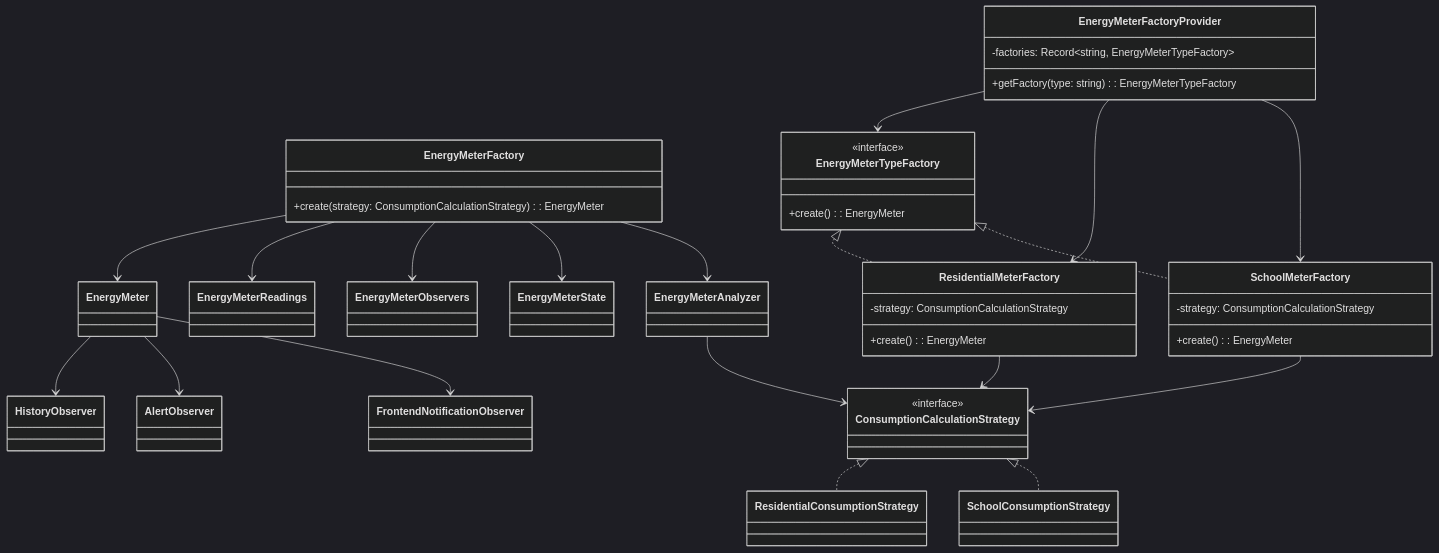
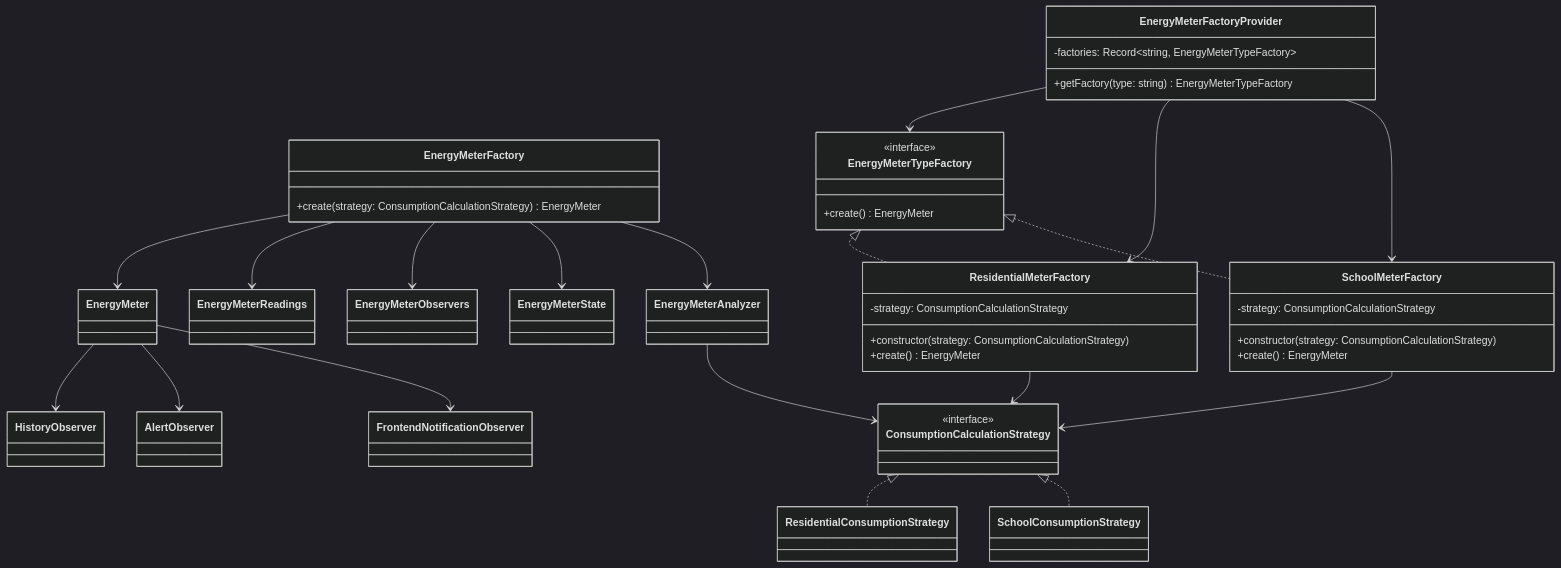
The fourth of 15 diagrams in docs/report_rubens_rabelo.md (rubensrabelo/gestao-de-consumo-de-energia), drawn with Mermaid (dark theme) before and after one commit. The commit also changed other lines of this file and 1 other file, not shown here.

````diff
--- a/docs/report_rubens_rabelo.md
+++ b/docs/report_rubens_rabelo.md
@@ -440,74 +448,76 @@
 ```mermaid
 classDiagram
     class EnergyMeter
 
     class EnergyMeterFactory {
-        +create(strategy: ConsumptionCalculationStrategy): EnergyMeter
+        +create(strategy: ConsumptionCalculationStrategy) EnergyMeter
     }
 
     class EnergyMeterFactoryProvider {
         -factories: Record~string, EnergyMeterTypeFactory~
-        +getFactory(type: string): EnergyMeterTypeFactory
+        +getFactory(type: string) EnergyMeterTypeFactory
     }
 
 
     class EnergyMeterTypeFactory {
         <<interface>>
-        +create(): EnergyMeter
+        +create() EnergyMeter
     }
 
 
     class ResidentialMeterFactory {
         -strategy: ConsumptionCalculationStrategy
-        +create(): EnergyMeter
+        +constructor(strategy: ConsumptionCalculationStrategy)
+        +create() EnergyMeter
     }
 
     class SchoolMeterFactory {
         -strategy: ConsumptionCalculationStrategy
-        +create(): EnergyMeter
+        +constructor(strategy: ConsumptionCalculationStrategy)
+        +create() EnergyMeter
     }
 
 
     class ConsumptionCalculationStrategy {
         <<interface>>
     }
 
     class ResidentialConsumptionStrategy
     class SchoolConsumptionStrategy
 
     class EnergyMeterReadings
     class EnergyMeterObservers
     class EnergyMeterState
     class EnergyMeterAnalyzer
 
 
     class HistoryObserver
     class AlertObserver
     class FrontendNotificationObserver
 
 
     EnergyMeterFactory --> EnergyMeter
     EnergyMeterFactory --> EnergyMeterReadings
     EnergyMeterFactory --> EnergyMeterObservers
     EnergyMeterFactory --> EnergyMeterState
     EnergyMeterFactory --> EnergyMeterAnalyzer
 
     EnergyMeterAnalyzer --> ConsumptionCalculationStrategy
 
     EnergyMeterFactoryProvider --> EnergyMeterTypeFactory
     EnergyMeterFactoryProvider --> ResidentialMeterFactory
     EnergyMeterFactoryProvider --> SchoolMeterFactory
 
     EnergyMeterTypeFactory <|.. ResidentialMeterFactory
     EnergyMeterTypeFactory <|.. SchoolMeterFactory
 
     ResidentialMeterFactory --> ConsumptionCalculationStrategy
     SchoolMeterFactory --> ConsumptionCalculationStrategy
 
     ConsumptionCalculationStrategy <|.. ResidentialConsumptionStrategy
     ConsumptionCalculationStrategy <|.. SchoolConsumptionStrategy
 
     EnergyMeter --> HistoryObserver
     EnergyMeter --> AlertObserver
     EnergyMeter --> FrontendNotificationObserver
 ```
````
